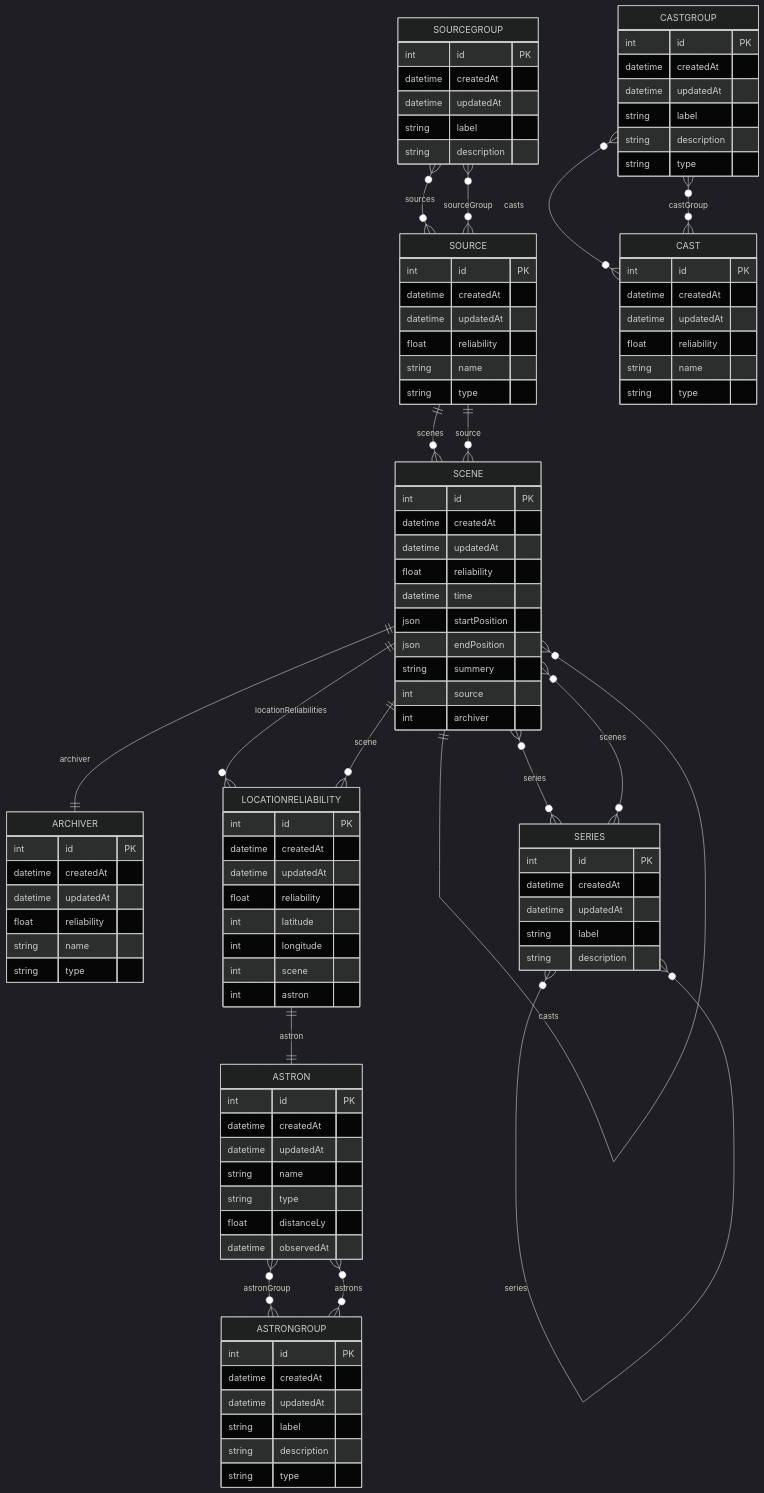
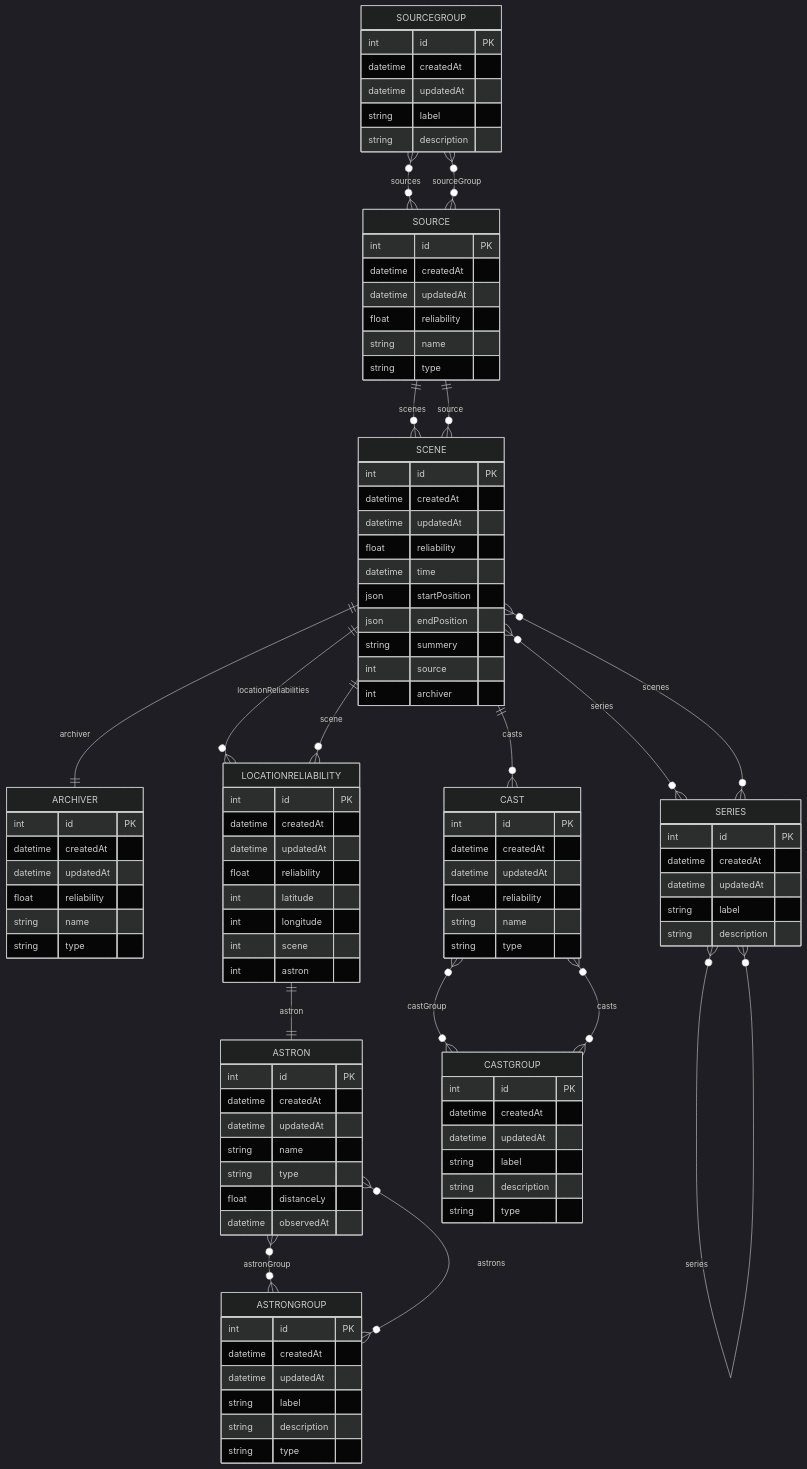
The third of 3 diagrams in README.md (butackle/ChronicleStore), drawn with Mermaid (dark theme) before and after one commit.

Commit message:
docs: update SCENE entity definition in README for clarity and consistency

````diff
--- a/README.md
+++ b/README.md
@@ -179,19 +179,6 @@
     int astron
   }
 
-  SCENE {
-    int id PK
-    datetime createdAt
-    datetime updatedAt
-    float reliability
-    datetime time
-    json startPosition
-    json endPosition
-    string summery
-    int source
-    int archiver
-  }
-
   CASTGROUP {
     int id PK
     datetime createdAt
@@ -210,6 +197,19 @@
     string type
   }
 
+  SCENE {
+    int id PK
+    datetime createdAt
+    datetime updatedAt
+    float reliability
+    datetime time
+    json startPosition
+    json endPosition
+    string summery
+    int source
+    int archiver
+  }
+
   SOURCEGROUP }o--o{ SOURCE : sources
   SOURCE ||--o{ SCENE : scenes
   SOURCE }o--o{ SOURCEGROUP : sourceGroup
@@ -220,12 +220,10 @@
   LOCATIONRELIABILITY }o--|| SCENE : scene
   LOCATIONRELIABILITY ||--|| ASTRON : astron
   SCENE ||--o{ LOCATIONRELIABILITY : locationReliabilities
-  SCENE ||--o{ SCENE : casts
+  SCENE ||--o{ CAST : casts
   SCENE }o--|| SOURCE : source
   SCENE ||--|| ARCHIVER : archiver
   SCENE }o--o{ SERIES : series
   CASTGROUP }o--o{ CAST : casts
   CAST }o--o{ CASTGROUP : castGroup
-
-
 ```
````
